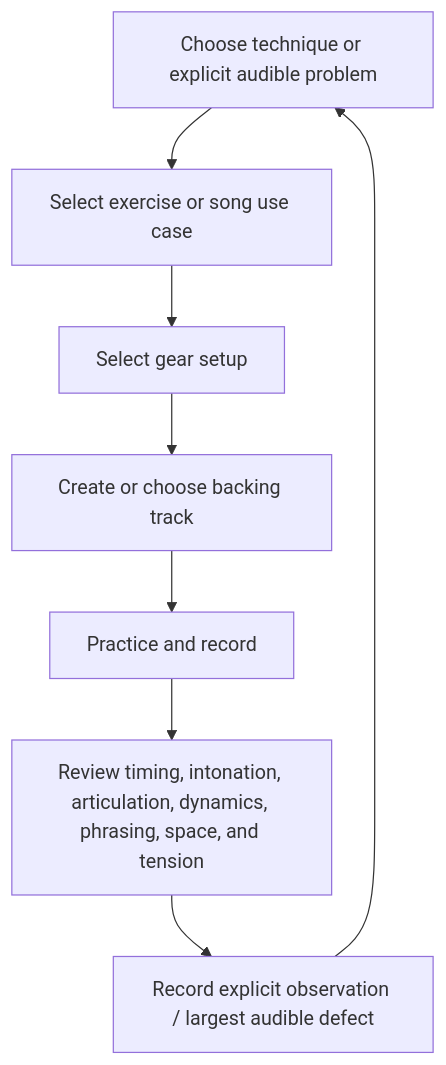
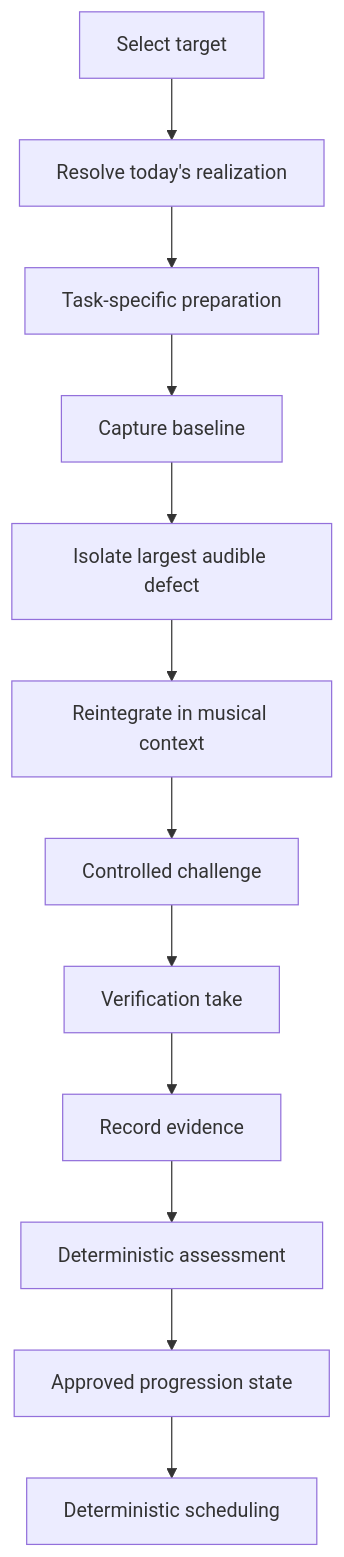
The second of 2 diagrams in README.md (ryjen/guitar-practice-system), drawn with Mermaid before and after one commit. The commit also changed other lines of this file and 3 other files, not shown here.

````diff
--- a/README.md
+++ b/README.md
@@ -75,10 +78,14 @@
 ```mermaid
 flowchart TD
-    A[Choose technique or explicit audible problem] --> B[Select exercise or song use case]
-    B --> C[Select gear setup]
-    C --> D[Create or choose backing track]
-    D --> E[Practice and record]
-    E --> F[Review timing, intonation, articulation, dynamics, phrasing, space, and tension]
-    F --> G[Record explicit observation / largest audible defect]
-    G --> A
+    A[Select target] --> B[Resolve today's realization]
+    B --> C[Task-specific preparation]
+    C --> D[Capture baseline]
+    D --> E[Isolate largest audible defect]
+    E --> F[Reintegrate in musical context]
+    F --> G[Controlled challenge]
+    G --> H[Verification take]
+    H --> I[Record evidence]
+    I --> J[Deterministic assessment]
+    J --> K[Approved progression state]
+    K --> L[Deterministic scheduling]
 ```
````
